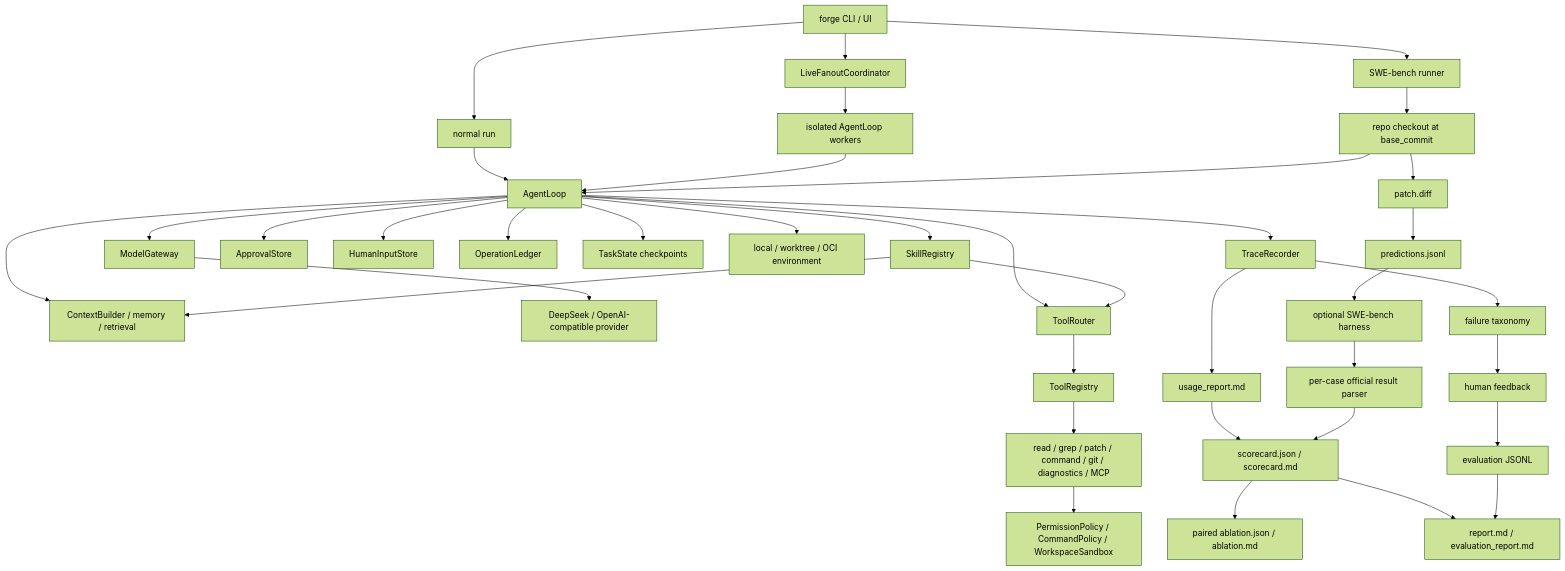
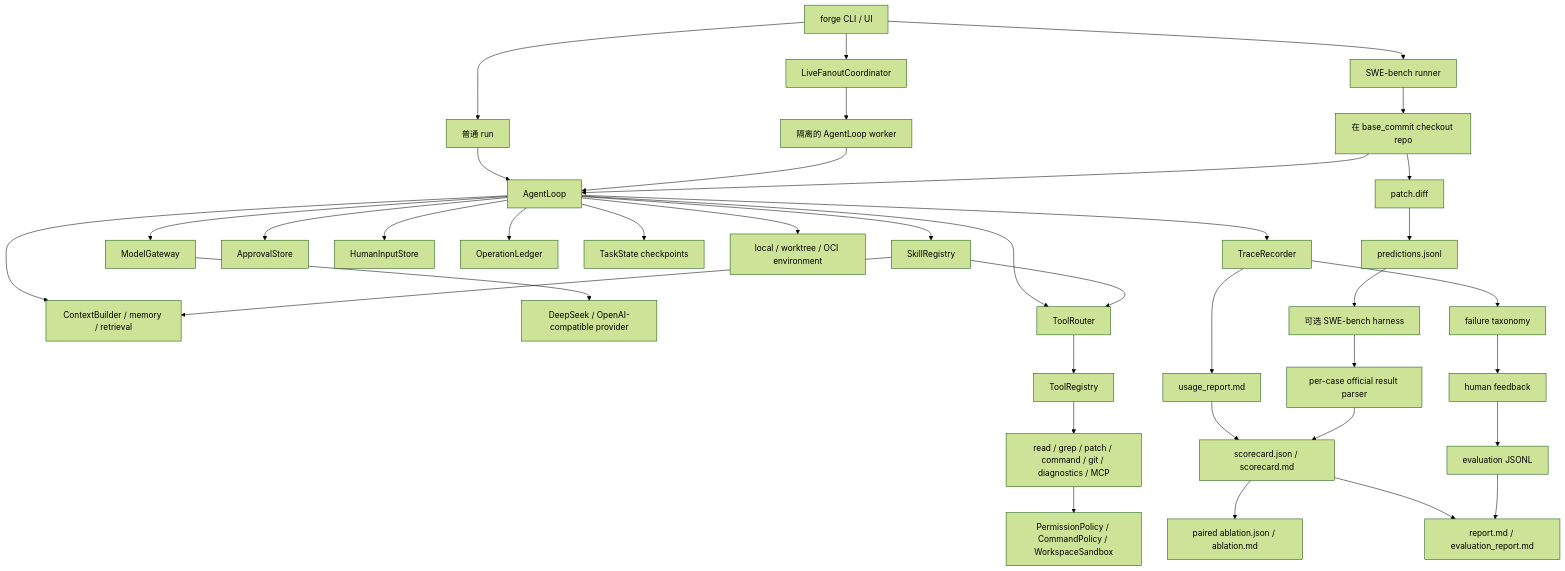
Before and after one commit to semi-hollow/NanoHarness: the diagram in README.md, drawn with Mermaid (forest theme). The commit also changed other lines of this file and 24 other files, not shown here.

````diff
--- a/README.md
+++ b/README.md
@@ -279,40 +271,40 @@
 ```mermaid
 flowchart TD
-    CLI["forge CLI / UI"] --> Run["normal run"]
+    CLI["forge CLI / UI"] --> Run["普通 run"]
     CLI --> Fanout["LiveFanoutCoordinator"]
     CLI --> Bench["SWE-bench runner"]
-    Bench --> Checkout["repo checkout at base_commit"]
+    Bench --> Checkout["在 base_commit checkout repo"]
     Run --> Loop["AgentLoop"]
-    Fanout --> Worker["isolated AgentLoop workers"]
+    Fanout --> Worker["隔离的 AgentLoop worker"]
     Worker --> Loop
     Checkout --> Loop
     Loop --> Context["ContextBuilder / memory / retrieval"]
     Loop --> Gateway["ModelGateway"]
     Gateway --> LLM["DeepSeek / OpenAI-compatible provider"]
     Loop --> Skills["SkillRegistry"]
     Loop --> Router["ToolRouter"]
     Skills --> Context
     Skills --> Router
     Router --> Registry["ToolRegistry"]
     Registry --> Tools["read / grep / patch / command / git / diagnostics / MCP"]
     Tools --> Safety["PermissionPolicy / CommandPolicy / WorkspaceSandbox"]
     Loop --> Approval["ApprovalStore"]
     Loop --> Human["HumanInputStore"]
     Loop --> Ledger["OperationLedger"]
     Loop --> State["TaskState checkpoints"]
     Loop --> Environment["local / worktree / OCI environment"]
     Loop --> Trace["TraceRecorder"]
     Trace --> Usage["usage_report.md"]
     Trace --> Diagnosis["failure taxonomy"]
     Diagnosis --> Feedback["human feedback"]
     Feedback --> Dataset["evaluation JSONL"]
     Checkout --> Patch["patch.diff"]
     Patch --> Predictions["predictions.jsonl"]
-    Predictions --> Official["optional SWE-bench harness"]
+    Predictions --> Official["可选 SWE-bench harness"]
     Official --> Parser["per-case official result parser"]
     Usage --> Scorecard["scorecard.json / scorecard.md"]
     Parser --> Scorecard
     Scorecard --> Ablation["paired ablation.json / ablation.md"]
     Scorecard --> Report["report.md / evaluation_report.md"]
     Dataset --> Report
 ```
````
